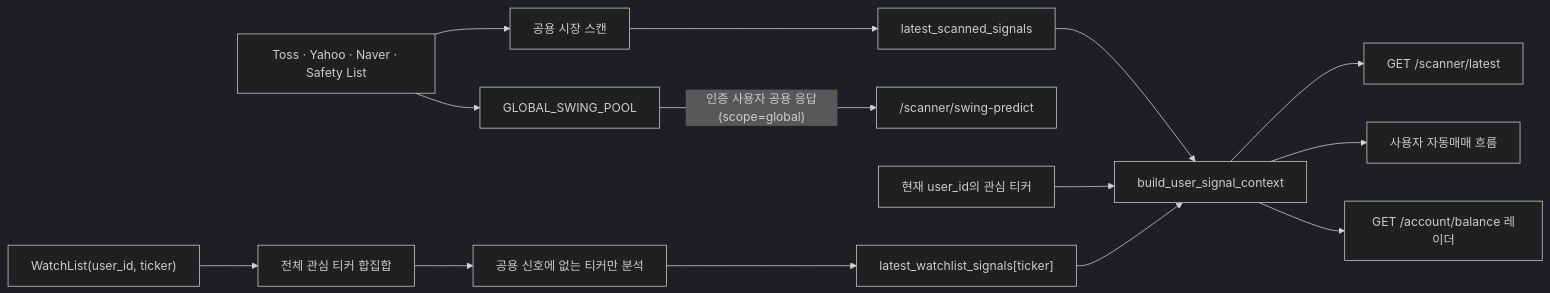
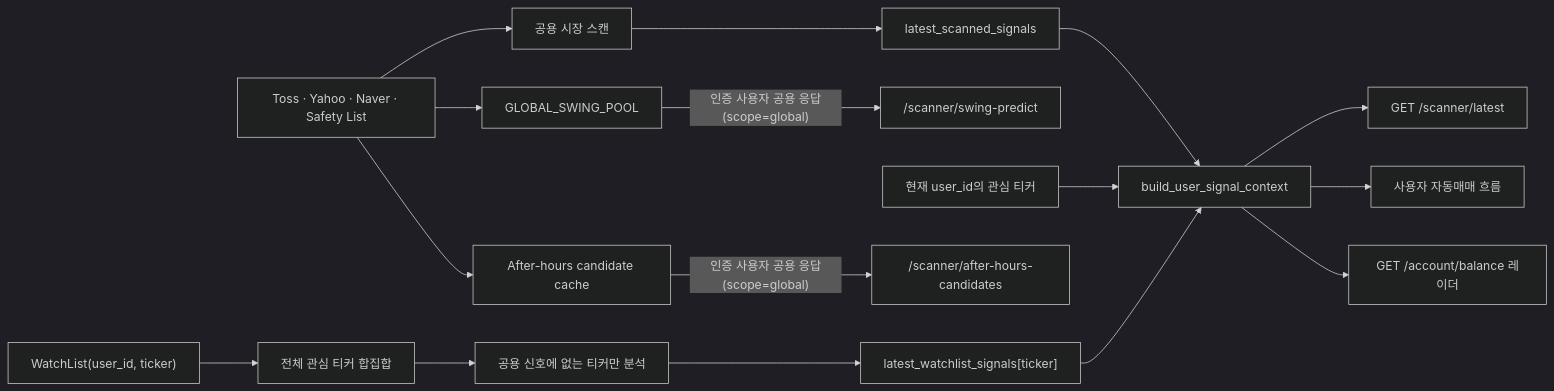
The diagram in docs/SCANNER_DATA_FLOW.md (CarpediemBDev/stockAuto), drawn with Mermaid (dark theme) before and after one commit. The commit also changed other lines of this file and 4 other files, not shown here.

````diff
--- a/docs/SCANNER_DATA_FLOW.md
+++ b/docs/SCANNER_DATA_FLOW.md
@@ -27,20 +28,23 @@
 ```mermaid
 flowchart LR
     PublicSources["Toss · Yahoo · Naver · Safety List"] --> MarketScan["공용 시장 스캔"]
     MarketScan --> MarketCache["latest_scanned_signals"]
 
     WatchDB["WatchList(user_id, ticker)"] --> WatchUnion["전체 관심 티커 합집합"]
     WatchUnion --> MissingOnly["공용 신호에 없는 티커만 분석"]
     MissingOnly --> WatchCache["latest_watchlist_signals[ticker]"]
 
     CurrentUser["현재 user_id의 관심 티커"] --> UserContext["build_user_signal_context"]
     MarketCache --> UserContext
     WatchCache --> UserContext
 
     UserContext --> LatestAPI["GET /scanner/latest"]
     UserContext --> TradingLoop["사용자 자동매매 흐름"]
     UserContext --> AccountRadar["GET /account/balance 레이더"]
 
     PublicSources --> SwingPool["GLOBAL_SWING_POOL"]
     SwingPool -->|"인증 사용자 공용 응답(scope=global)"| SwingAPI["/scanner/swing-predict"]
+
+    PublicSources --> AfterHoursPool["After-hours candidate cache"]
+    AfterHoursPool -->|"인증 사용자 공용 응답(scope=global)"| AfterHoursAPI["/scanner/after-hours-candidates"]
 ```
````
